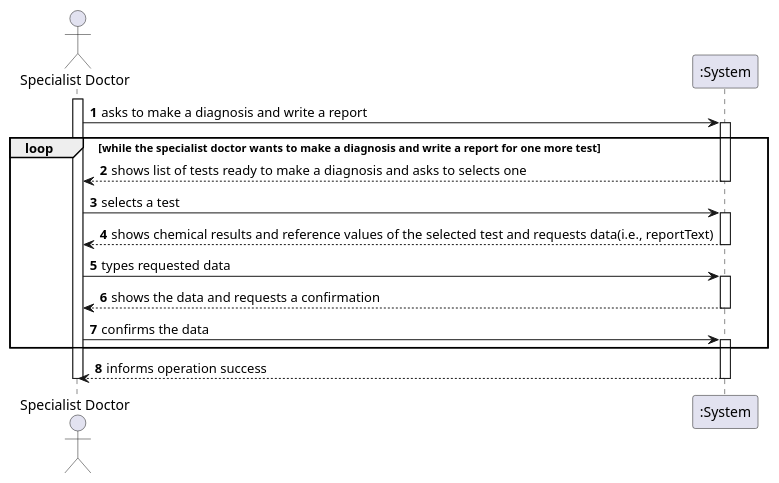
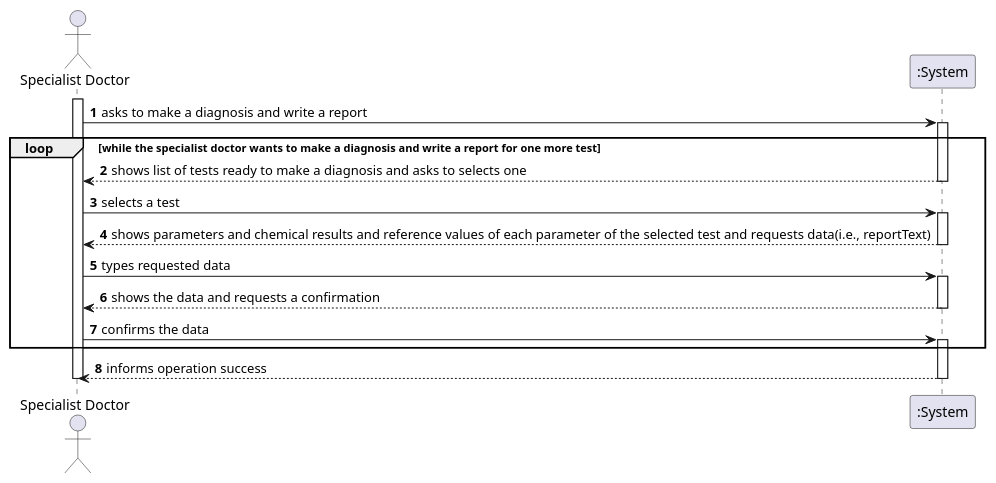
One commit to ana-albergaria/LAPR2-ISEP changed the diagram in docs/SprintC/US_14/US14_SSD.puml. Above: the diagram before and after it, drawn with PlantUML. The commit also changed 5 other files, not shown here.

Commit message:
Created US14 Package Diagram (PD) and Updated CD.

```diff
--- a/docs/SprintC/US_14/US14_SSD.puml
+++ b/docs/SprintC/US_14/US14_SSD.puml
@@ -1,29 +1,29 @@
 @startuml
 autonumber
 actor "Specialist Doctor" as SpDt
 
 activate SpDt
 SpDt-> ":System" : asks to make a diagnosis and write a report
 activate ":System"
 loop while the specialist doctor wants to make a diagnosis and write a report for one more test
 ":System" --> SpDt : shows list of tests ready to make a diagnosis and asks to selects one
 deactivate ":System"
 
 SpDt-> ":System" : selects a test
 activate ":System"
-":System" --> SpDt : shows chemical results and reference values of the selected test and requests data(i.e., reportText)
+":System" --> SpDt : shows parameters and chemical results and reference values of each parameter of the selected test and requests data(i.e., reportText)
 deactivate ":System"
 
 SpDt-> ":System" : types requested data
 activate ":System"
 ":System" --> SpDt : shows the data and requests a confirmation
 deactivate ":System"
 
 SpDt-> ":System" : confirms the data
 activate ":System"
 end
 ":System" --> SpDt : informs operation success
 deactivate ":System"
 deactivate SpDt
 
 @enduml
```
